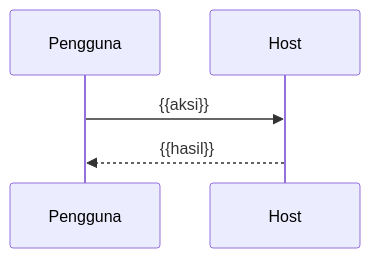
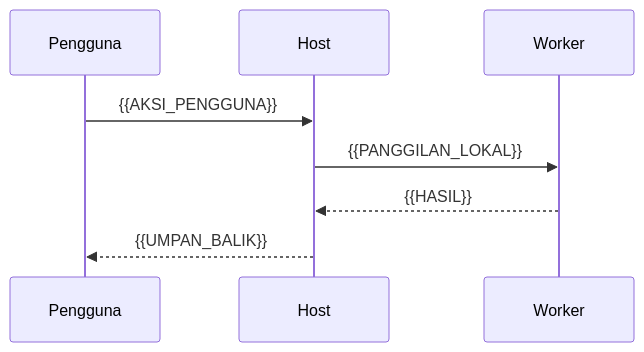
One commit to Reinvy/microapp-studio changed the diagram in docs/templates/flow.md. Above: the diagram before and after it, drawn with Mermaid. The commit also changed other lines of this file and 30 other files, not shown here.

````diff
--- a/docs/templates/flow.md
+++ b/docs/templates/flow.md
@@ -25,7 +25,10 @@
 ```mermaid
 sequenceDiagram
     participant U as Pengguna
     participant H as Host
-    U->>H: {{aksi}}
-    H-->>U: {{hasil}}
+    participant W as Worker
+    U->>H: {{AKSI_PENGGUNA}}
+    H->>W: {{PANGGILAN_LOKAL}}
+    W-->>H: {{HASIL}}
+    H-->>U: {{UMPAN_BALIK}}
 ```
````
